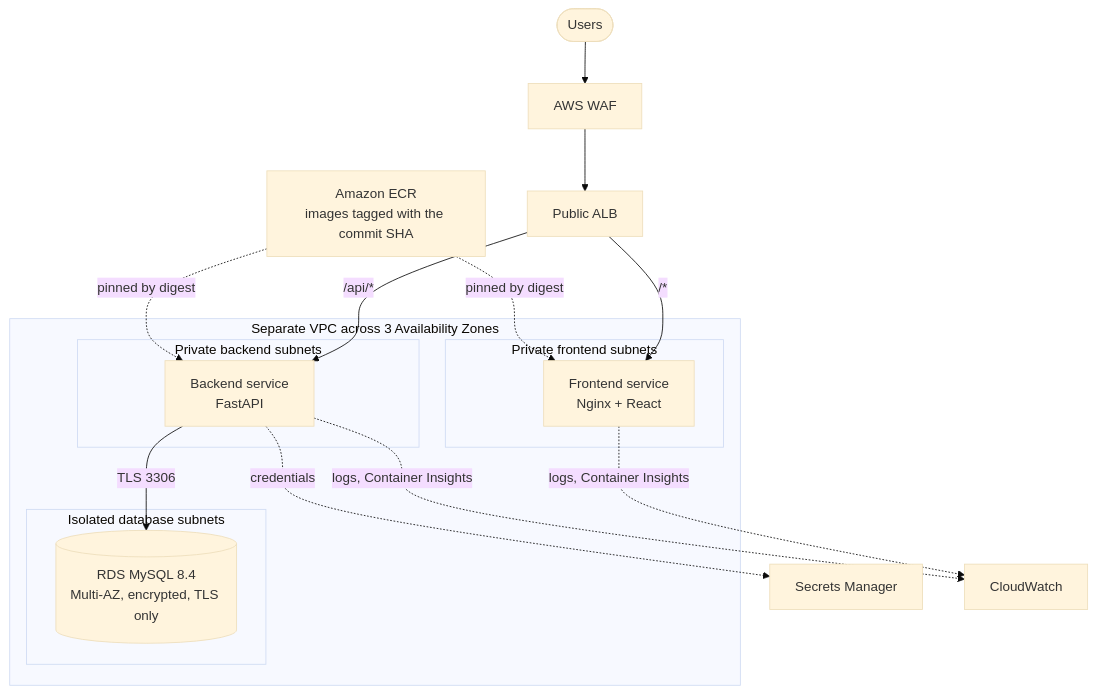
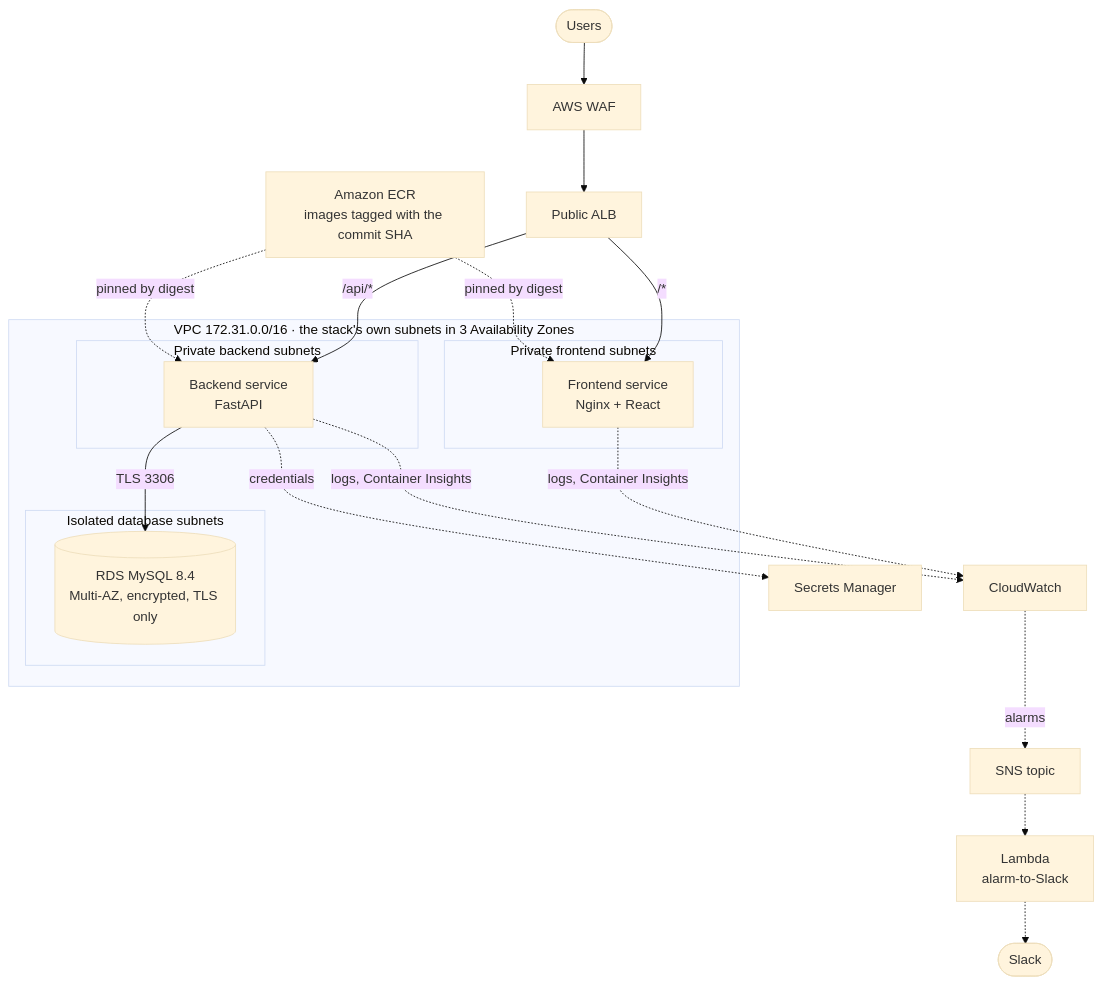
Before and after one commit to ngems1/3tier-app: the second of 3 diagrams in README.md, drawn with Mermaid (base theme). The commit also changed other lines of this file, not shown here.

````diff
--- a/README.md
+++ b/README.md
@@ -80,22 +89,24 @@
 ```mermaid
 flowchart TB
     user([Users]) --> waf[AWS WAF]
     waf --> alb[Public ALB]
-    subgraph vpc[Separate VPC across 3 Availability Zones]
+    subgraph vpc[VPC 172.31.0.0/16 · the stack's own subnets in 3 Availability Zones]
         subgraph fe[Private frontend subnets]
             fsvc[Frontend service<br/>Nginx + React]
         end
         subgraph be[Private backend subnets]
             bsvc[Backend service<br/>FastAPI]
         end
         subgraph data[Isolated database subnets]
             rds[(RDS MySQL 8.4<br/>Multi-AZ, encrypted, TLS only)]
         end
     end
     alb -->|/*| fsvc
     alb -->|/api/*| bsvc
     bsvc -->|TLS 3306| rds
     ecr[Amazon ECR<br/>images tagged with the commit SHA] -.->|pinned by digest| fsvc & bsvc
     bsvc -.->|credentials| sm[Secrets Manager]
     fsvc & bsvc -.->|logs, Container Insights| cw[CloudWatch]
+    cw -.->|alarms| sns[SNS topic]
+    sns -.-> lambda[Lambda<br/>alarm-to-Slack] -.-> slack([Slack])
 ```
````
